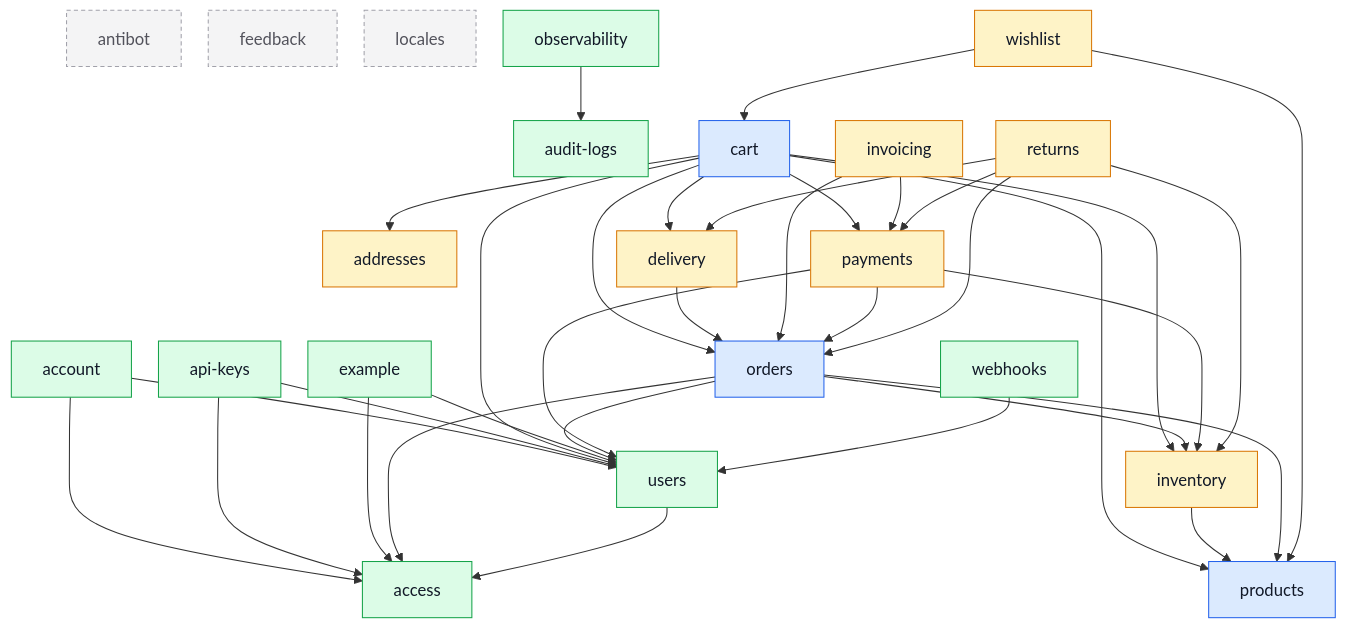
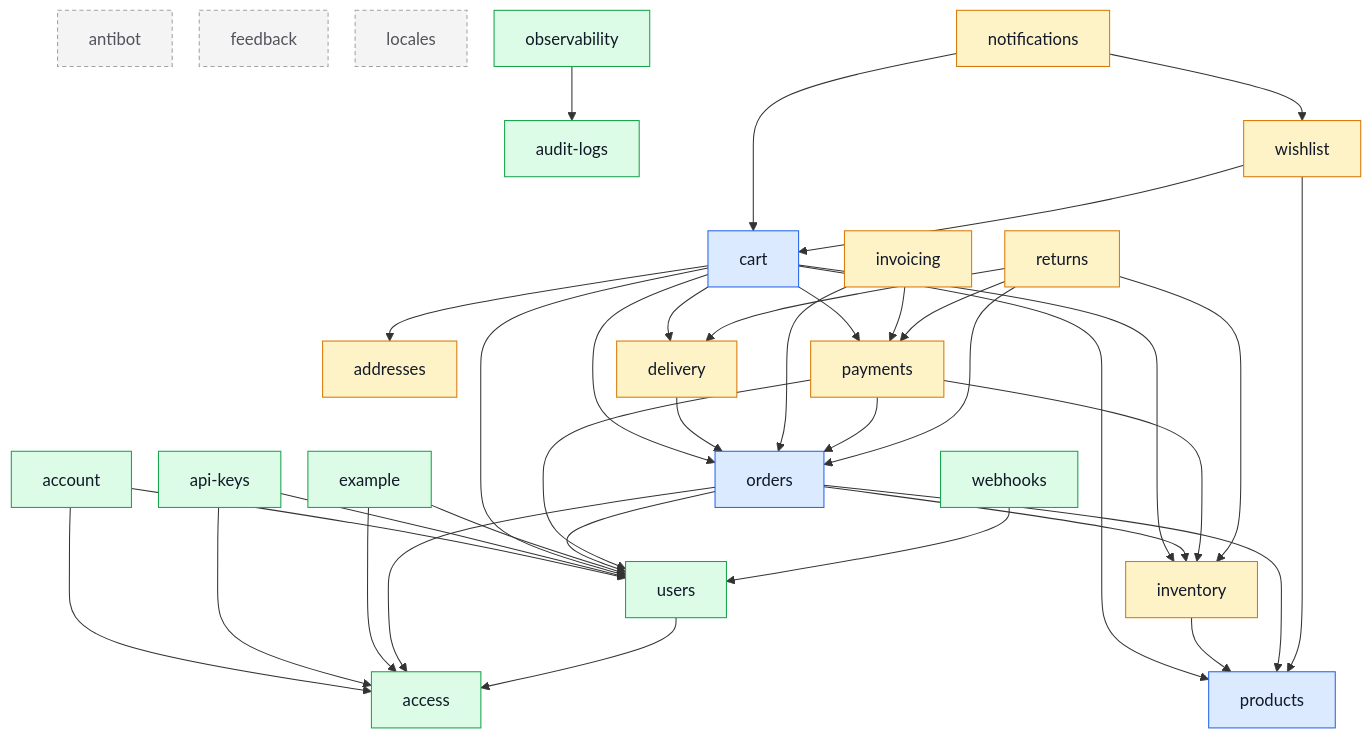
Before and after one commit to Guebbit/boilerplate-node-backend: the diagram in docs/modules/index.md, drawn with Mermaid. The commit also changed other lines of this file and 128 other files, not shown here.

First line of the commit message:
feat(notifications): a per-user inbox, a guest-cart merge and a stock flag from the ledger

````diff
--- a/docs/modules/index.md
+++ b/docs/modules/index.md
@@ -40,68 +40,71 @@
 ```mermaid
 %%{init: {'flowchart': {'nodeSpacing': 26, 'rankSpacing': 52}}}%%
 flowchart TD
     access
     account
     addresses
     antibot
     api_keys["api-keys"]
     audit_logs["audit-logs"]
     cart
     delivery
     example
     feedback
     inventory
     invoicing
     locales
+    notifications
     observability
     orders
     payments
     products
     returns
     users
     webhooks
     wishlist
 
     account --> access
     account --> users
     api_keys --> access
     api_keys --> users
     cart --> addresses
     cart --> delivery
     cart --> inventory
     cart --> orders
     cart --> payments
     cart --> products
     cart --> users
     delivery --> orders
     example --> access
     example --> users
     inventory --> products
     invoicing --> orders
     invoicing --> payments
+    notifications --> cart
+    notifications --> wishlist
     observability --> audit_logs
     orders --> access
     orders --> inventory
     orders --> products
     orders --> users
     payments --> inventory
     payments --> orders
     payments --> users
     returns --> delivery
     returns --> inventory
     returns --> orders
     returns --> payments
     users --> access
     webhooks --> users
     wishlist --> cart
     wishlist --> products
 
     classDef core fill:#dbeafe,stroke:#2563eb,color:#111827;
     classDef supporting fill:#fef3c7,stroke:#d97706,color:#111827;
     classDef generic fill:#dcfce7,stroke:#16a34a,color:#111827;
     classDef isolated fill:#f4f4f5,stroke:#a1a1aa,color:#52525b,stroke-dasharray:4 3;
     class cart,orders,products core;
-    class addresses,delivery,inventory,invoicing,payments,returns,wishlist supporting;
+    class addresses,delivery,inventory,invoicing,notifications,payments,returns,wishlist supporting;
     class access,account,api_keys,audit_logs,example,observability,users,webhooks generic;
     class antibot,feedback,locales isolated;
 ```
````
